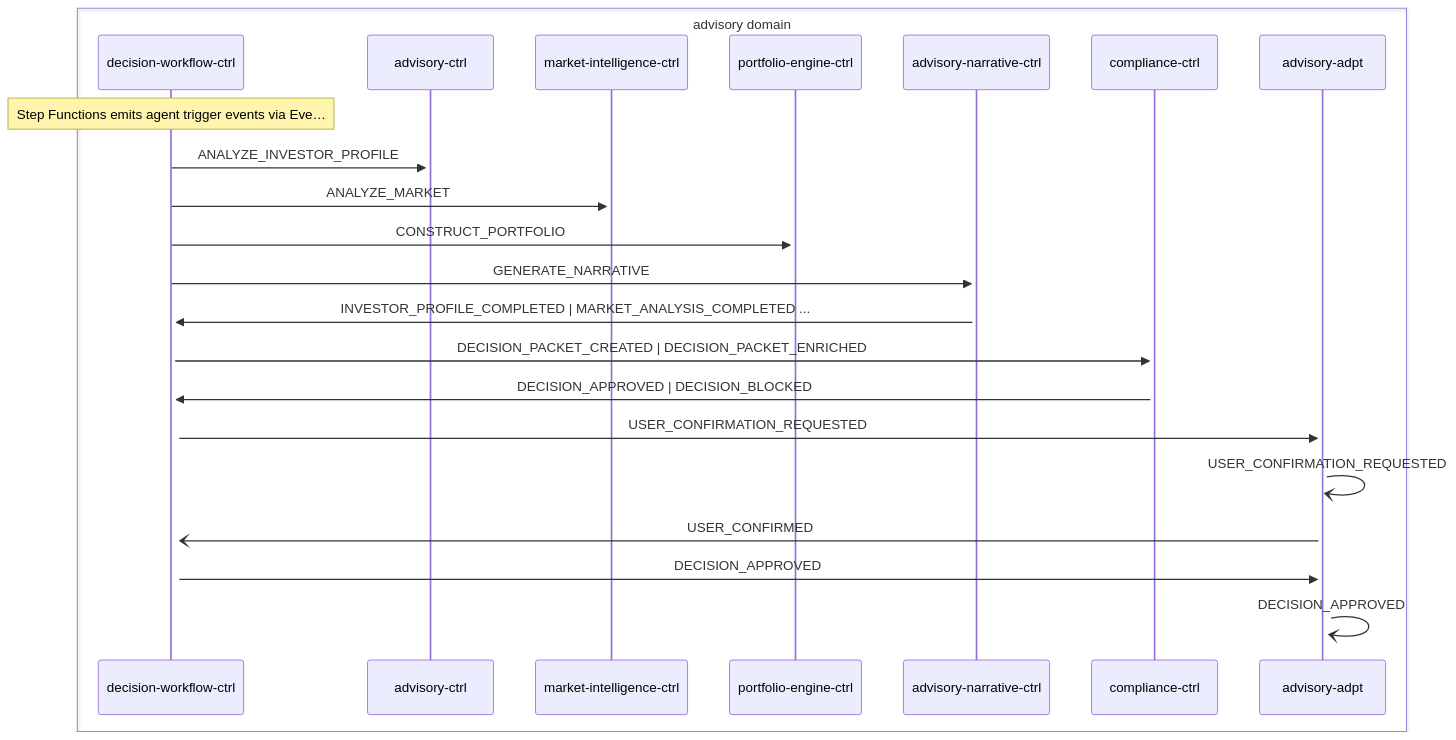
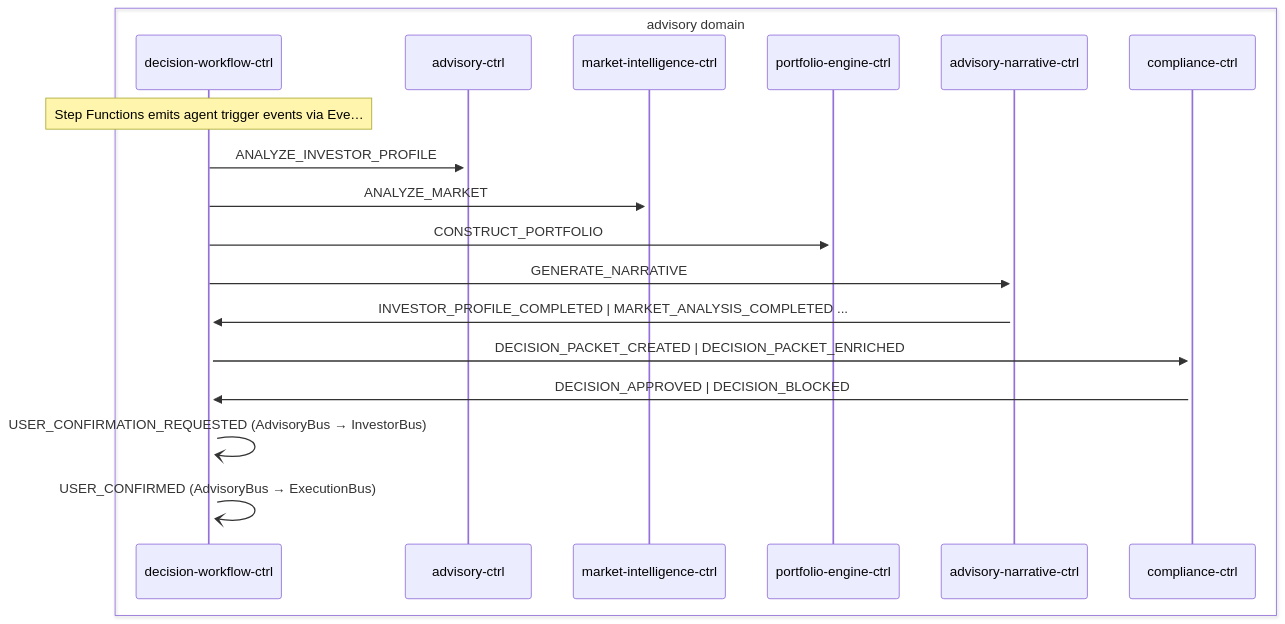
One commit to fabio-vitali/nestfolio changed the second of 2 diagrams in docs/data-flows/advisory-cycle.md. Above: the diagram before and after it, drawn with Mermaid. The commit also changed other lines of this file and 19 other files, not shown here.

First line of the commit message:
docs(flows): update flow specs and schema for pull model adapter routing

````diff
--- a/docs/data-flows/advisory-cycle.md
+++ b/docs/data-flows/advisory-cycle.md
@@ -38,25 +35,21 @@
 ```mermaid
 sequenceDiagram
     box advisory domain
         participant decision_workflow_ctrl as decision-workflow-ctrl
         participant advisory_ctrl as advisory-ctrl
         participant market_intelligence_ctrl as market-intelligence-ctrl
         participant portfolio_engine_ctrl as portfolio-engine-ctrl
         participant advisory_narrative_ctrl as advisory-narrative-ctrl
         participant compliance_ctrl as compliance-ctrl
-        participant advisory_adpt as advisory-adpt
     end
     Note over decision_workflow_ctrl: Step Functions emits agent trigger events via Eve…
     decision_workflow_ctrl->>+advisory_ctrl: ANALYZE_INVESTOR_PROFILE
     decision_workflow_ctrl->>+market_intelligence_ctrl: ANALYZE_MARKET
     decision_workflow_ctrl->>+portfolio_engine_ctrl: CONSTRUCT_PORTFOLIO
     decision_workflow_ctrl->>+advisory_narrative_ctrl: GENERATE_NARRATIVE
     advisory_narrative_ctrl->>+decision_workflow_ctrl: INVESTOR_PROFILE_COMPLETED | MARKET_ANALYSIS_COMPLETED ...
     decision_workflow_ctrl->>+compliance_ctrl: DECISION_PACKET_CREATED | DECISION_PACKET_ENRICHED
     compliance_ctrl->>+decision_workflow_ctrl: DECISION_APPROVED | DECISION_BLOCKED
-    decision_workflow_ctrl->>+advisory_adpt: USER_CONFIRMATION_REQUESTED
-    advisory_adpt-)advisory_adpt: USER_CONFIRMATION_REQUESTED
-    advisory_adpt-)decision_workflow_ctrl: USER_CONFIRMED
-    decision_workflow_ctrl->>+advisory_adpt: DECISION_APPROVED
-    advisory_adpt-)advisory_adpt: DECISION_APPROVED
+    decision_workflow_ctrl-)decision_workflow_ctrl: USER_CONFIRMATION_REQUESTED (AdvisoryBus → InvestorBus)
+    decision_workflow_ctrl-)decision_workflow_ctrl: USER_CONFIRMED (AdvisoryBus → ExecutionBus)
 ```
````
